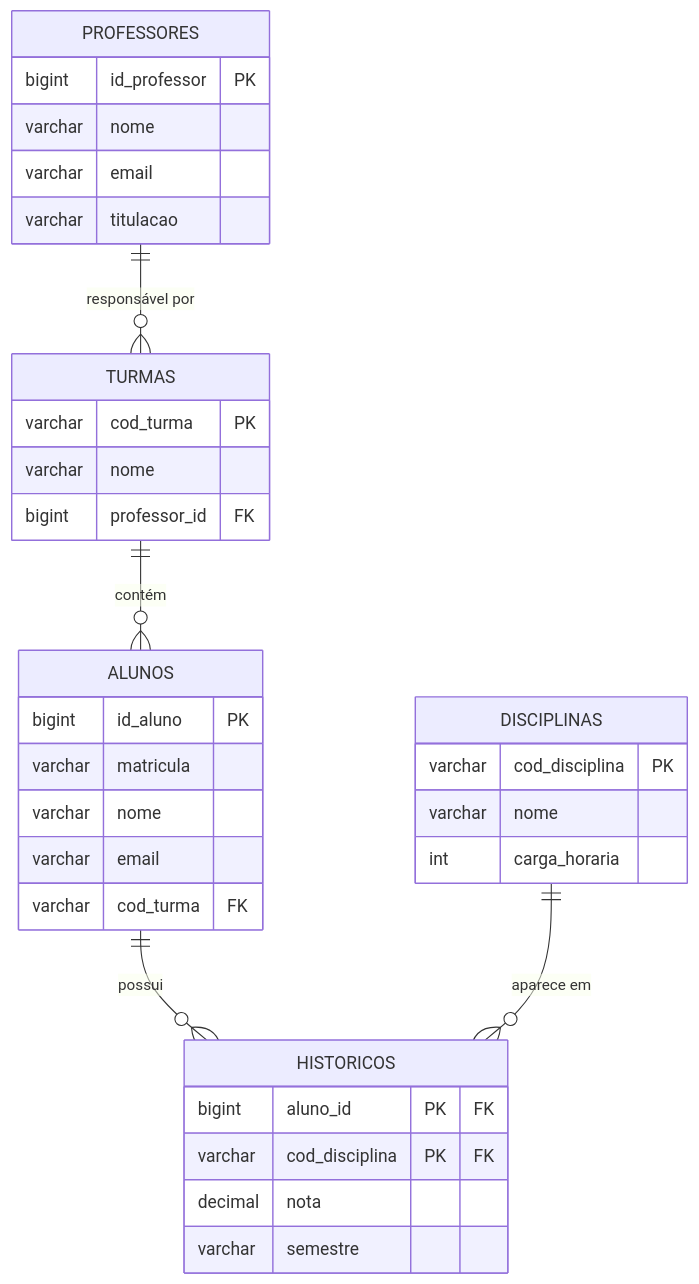
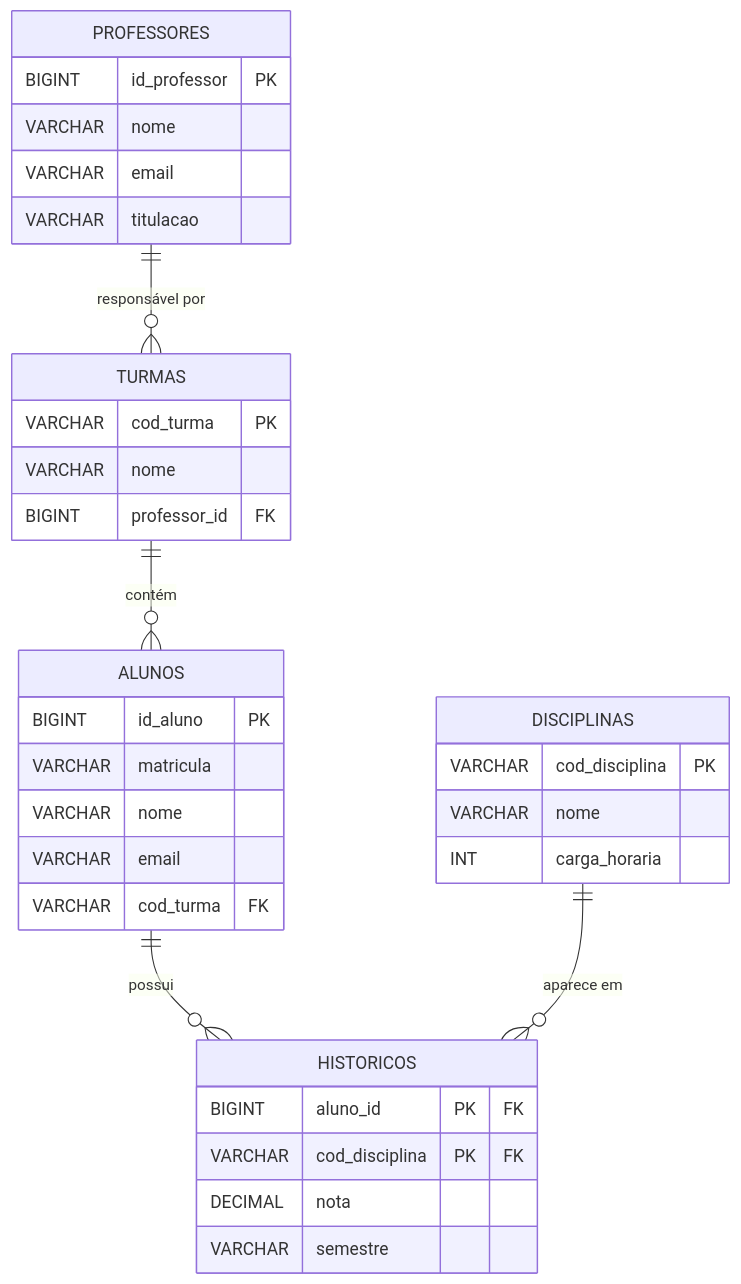
One commit to DSM-Fatec-Jahu/BDR-DSM-2026-2 changed the seventh of 9 diagrams in docs/aulas/Aula_02_Normalizacao.md. Above: the diagram before and after it, drawn with Mermaid. The commit also changed other lines of this file and 2 other files, not shown here.

First line of the commit message:
Padroniza tipos SQL em MAIÚSCULAS nos diagramas (Regra 3)

````diff
--- a/docs/aulas/Aula_02_Normalizacao.md
+++ b/docs/aulas/Aula_02_Normalizacao.md
@@ -492,41 +492,41 @@
 ```mermaid
 erDiagram
     PROFESSORES {
-        bigint id_professor PK
-        varchar nome
-        varchar email
-        varchar titulacao
+        BIGINT id_professor PK
+        VARCHAR nome
+        VARCHAR email
+        VARCHAR titulacao
     }
 
     TURMAS {
-        varchar cod_turma PK
-        varchar nome
-        bigint professor_id FK
+        VARCHAR cod_turma PK
+        VARCHAR nome
+        BIGINT professor_id FK
     }
 
     DISCIPLINAS {
-        varchar cod_disciplina PK
-        varchar nome
-        int carga_horaria
+        VARCHAR cod_disciplina PK
+        VARCHAR nome
+        INT carga_horaria
     }
 
     ALUNOS {
-        bigint id_aluno PK
-        varchar matricula
-        varchar nome
-        varchar email
-        varchar cod_turma FK
+        BIGINT id_aluno PK
+        VARCHAR matricula
+        VARCHAR nome
+        VARCHAR email
+        VARCHAR cod_turma FK
     }
 
     HISTORICOS {
-        bigint aluno_id PK "FK"
-        varchar cod_disciplina PK "FK"
-        decimal nota
-        varchar semestre
+        BIGINT aluno_id PK "FK"
+        VARCHAR cod_disciplina PK "FK"
+        DECIMAL nota
+        VARCHAR semestre
     }
 
     PROFESSORES ||--o{ TURMAS : "responsável por"
     TURMAS ||--o{ ALUNOS : "contém"
     ALUNOS ||--o{ HISTORICOS : "possui"
     DISCIPLINAS ||--o{ HISTORICOS : "aparece em"
 ```
````
